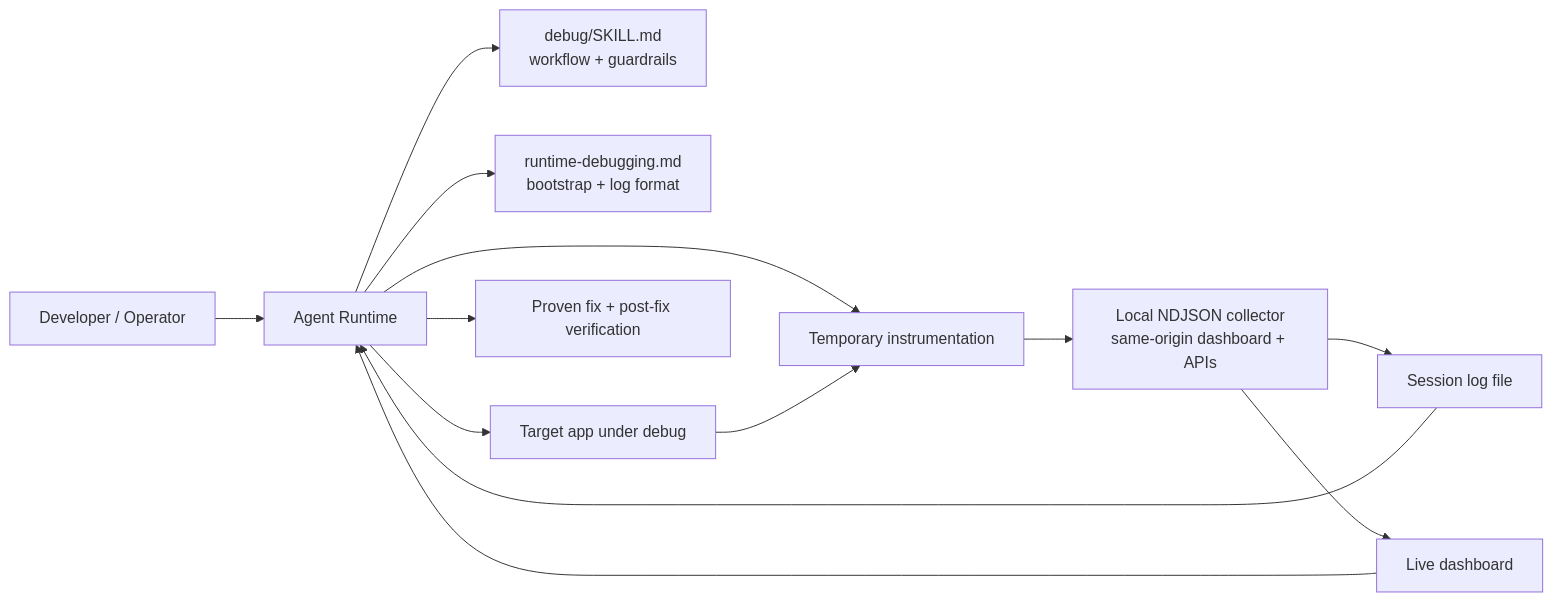
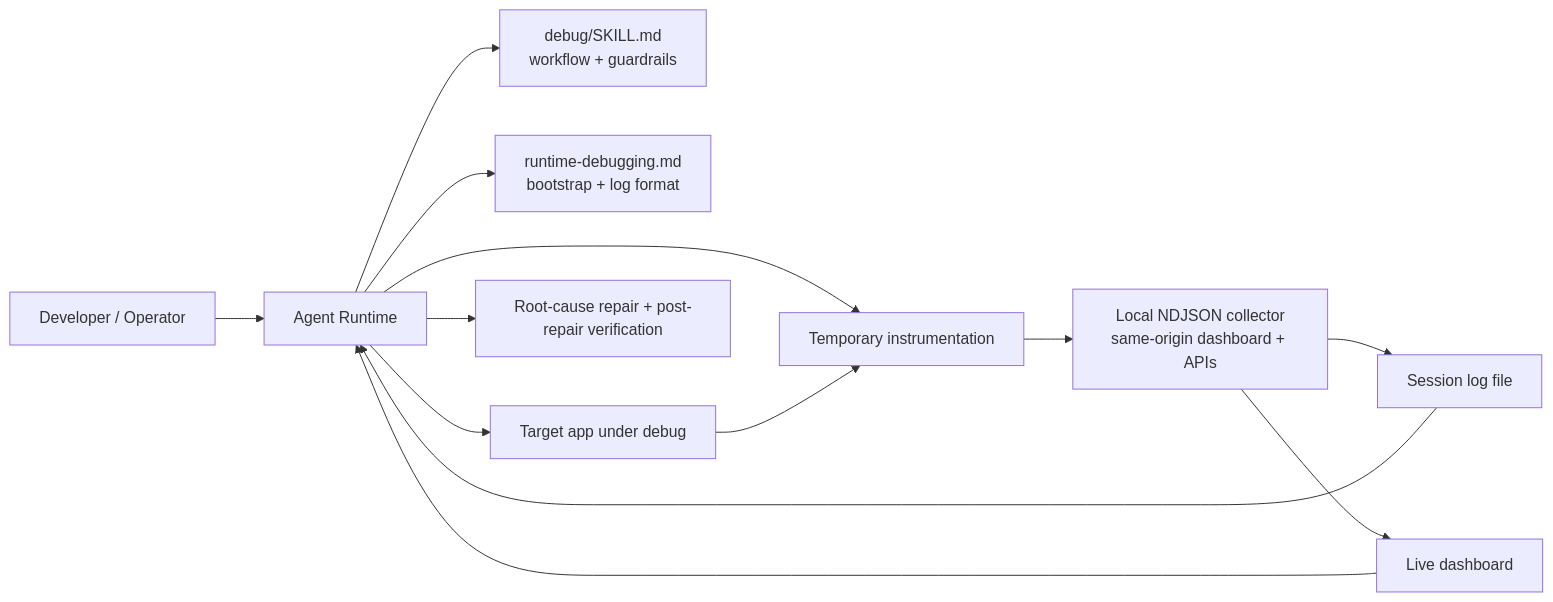
The diagram in README.md (JUNERDD/skills), drawn with Mermaid before and after one commit. The commit also changed other lines of this file and 29 other files, not shown here.

````diff
--- a/README.md
+++ b/README.md
@@ -401,15 +404,15 @@
 ```mermaid
 flowchart LR
   User["Developer / Operator"] --> Agent["Agent Runtime"]
   Agent --> Skill["debug/SKILL.md<br/>workflow + guardrails"]
   Agent --> Ref["runtime-debugging.md<br/>bootstrap + log format"]
   Agent --> App["Target app under debug"]
   Agent --> Logs["Temporary instrumentation"]
   Logs --> Collector["Local NDJSON collector<br/>same-origin dashboard + APIs"]
   App --> Logs
   Collector --> File["Session log file"]
   Collector --> UI["Live dashboard"]
   File --> Agent
   UI --> Agent
-  Agent --> Fix["Proven fix + post-fix verification"]
+  Agent --> Repair["Root-cause repair + post-repair verification"]
 ```
````
